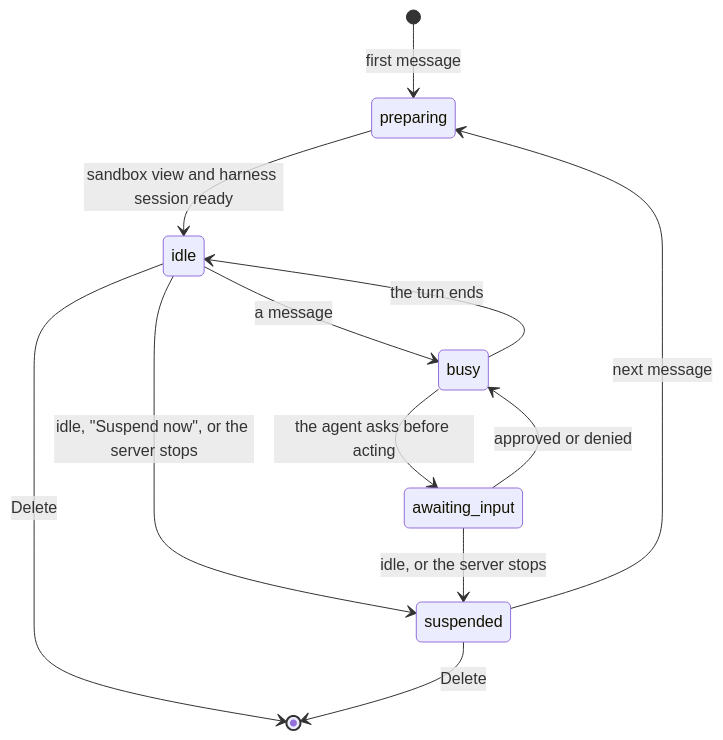
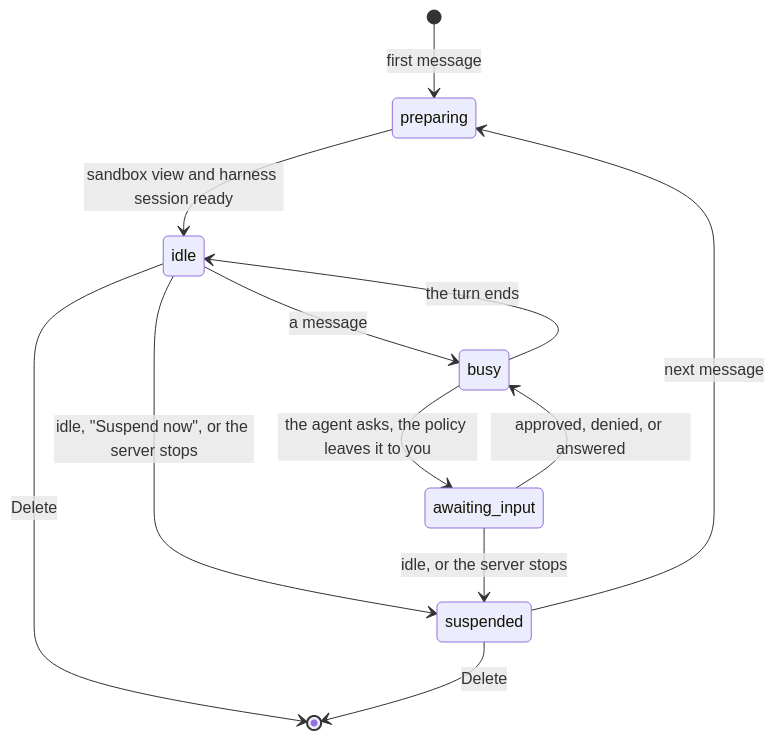
The second of 2 diagrams in examples/next-chat/README.md (fpasquet/ai-sdk-harness), drawn with Mermaid before and after one commit. The commit also changed other lines of this file and 75 other files, not shown here.

````diff
--- a/examples/next-chat/README.md
+++ b/examples/next-chat/README.md
@@ -102,14 +112,14 @@
 ```mermaid
 stateDiagram-v2
   [*] --> preparing: first message
   preparing --> idle: sandbox view and harness session ready
   idle --> busy: a message
   busy --> idle: the turn ends
-  busy --> awaiting_input: the agent asks before acting
-  awaiting_input --> busy: approved or denied
+  busy --> awaiting_input: the agent asks, the policy leaves it to you
+  awaiting_input --> busy: approved, denied, or answered
   idle --> suspended: idle, "Suspend now", or the server stops
   awaiting_input --> suspended: idle, or the server stops
   suspended --> preparing: next message
   idle --> [*]: Delete
   suspended --> [*]: Delete
 ```
````
